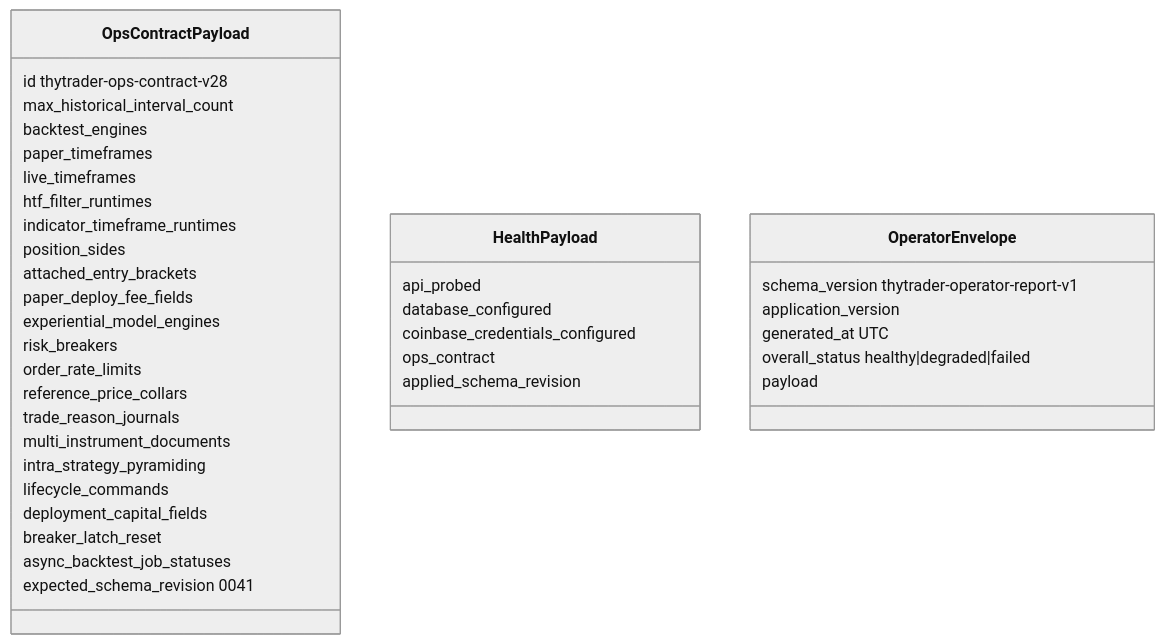
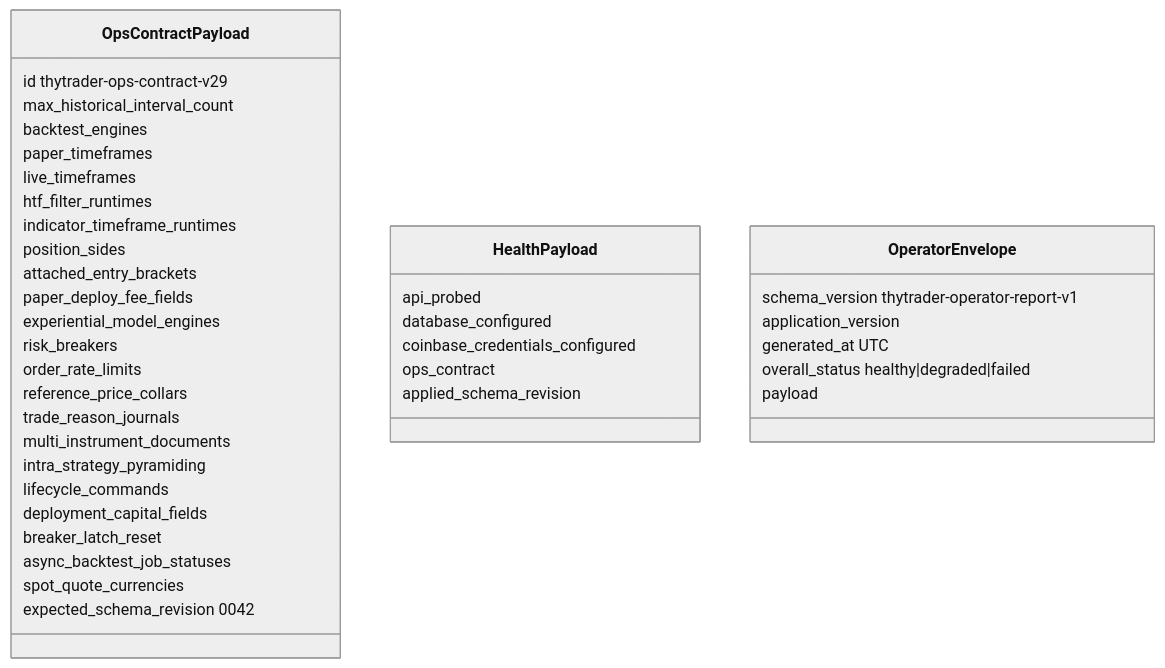
The diagram in docs/architecture/contracts/ops-contract.md (Zoltesh/thytrader), drawn with Mermaid (neutral theme) before and after one commit. The commit also changed other lines of this file and 49 other files, not shown here.

First line of the commit message:
feat(products): USDC spot quote markets (ops v29 / Alembic 0042)

````diff
--- a/docs/architecture/contracts/ops-contract.md
+++ b/docs/architecture/contracts/ops-contract.md
@@ -37,41 +38,42 @@
 ```mermaid
 classDiagram
   class OpsContractPayload {
-    id thytrader-ops-contract-v28
+    id thytrader-ops-contract-v29
     max_historical_interval_count
     backtest_engines
     paper_timeframes
     live_timeframes
     htf_filter_runtimes
     indicator_timeframe_runtimes
     position_sides
     attached_entry_brackets
     paper_deploy_fee_fields
     experiential_model_engines
     risk_breakers
     order_rate_limits
     reference_price_collars
     trade_reason_journals
     multi_instrument_documents
     intra_strategy_pyramiding
     lifecycle_commands
     deployment_capital_fields
     breaker_latch_reset
     async_backtest_job_statuses
-    expected_schema_revision 0041
+    spot_quote_currencies
+    expected_schema_revision 0042
   }
   class HealthPayload {
     api_probed
     database_configured
     coinbase_credentials_configured
     ops_contract
     applied_schema_revision
   }
   class OperatorEnvelope {
     schema_version thytrader-operator-report-v1
     application_version
     generated_at UTC
     overall_status healthy|degraded|failed
     payload
   }
 ```
````
